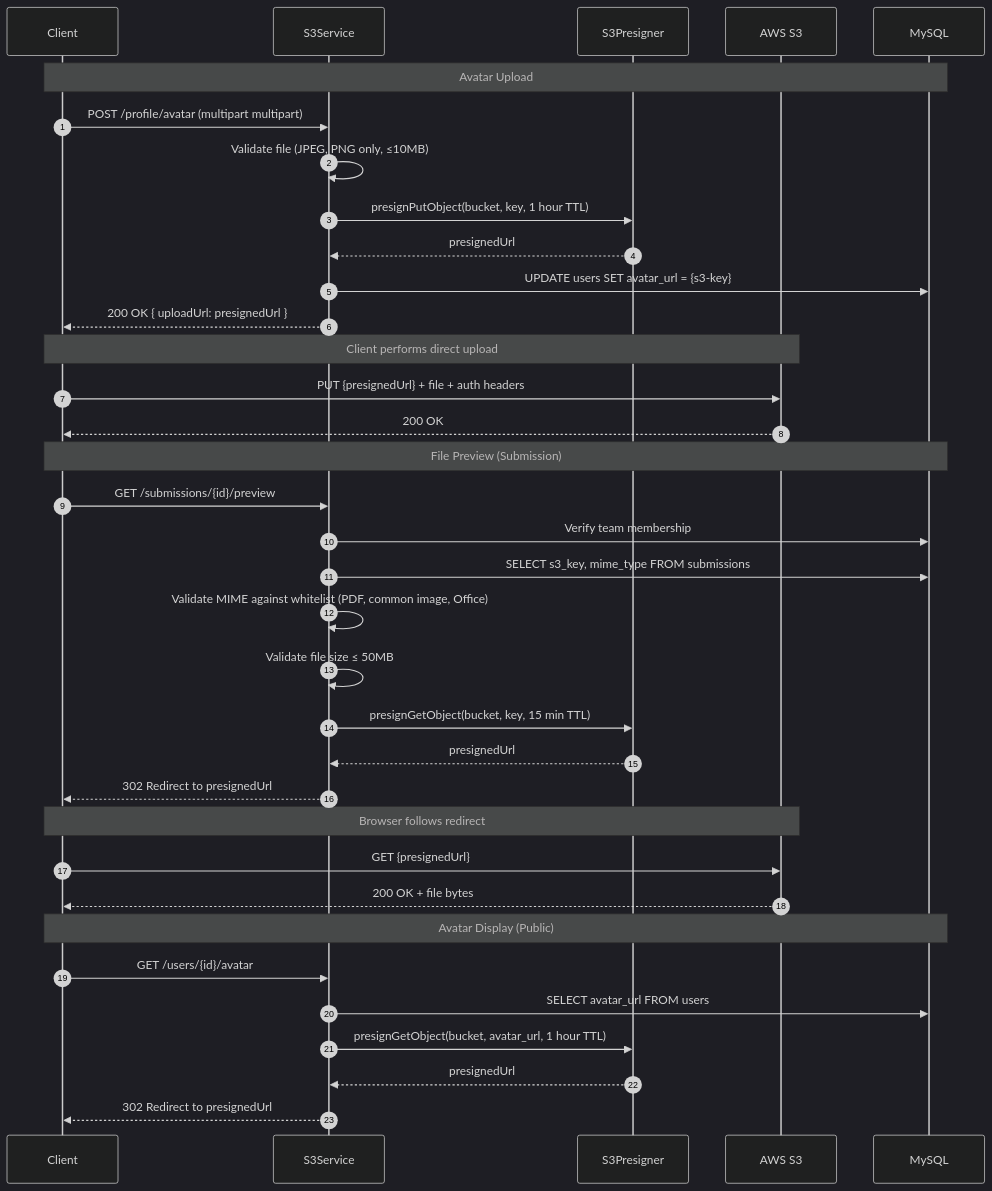
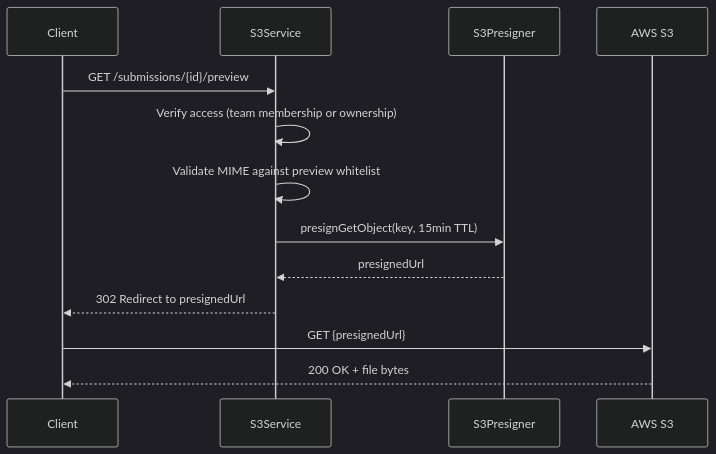
Before and after one commit to olafabregas/Reviewflow: the third of 7 diagrams in ARCHITECTURE.md, drawn with Mermaid (dark theme). The commit also changed other lines of this file, not shown here.

Commit message:
Updating the Architecture file

````diff
--- a/ARCHITECTURE.md
+++ b/ARCHITECTURE.md
@@ -146,42 +130,16 @@
 ```mermaid
 sequenceDiagram
-    autonumber
     participant C as Client
     participant SS as S3Service
     participant SP as S3Presigner
     participant S3 as AWS S3
-    participant DB as MySQL
 
-    Note over C,DB: Avatar Upload
-    C->>SS: POST /profile/avatar (multipart multipart)
-    SS->>SS: Validate file (JPEG, PNG only, ≤10MB)
-    SS->>SP: presignPutObject(bucket, key, 1 hour TTL)
-    SP-->>SS: presignedUrl
-    SS->>DB: UPDATE users SET avatar_url = {s3-key}
-    SS-->>C: 200 OK { uploadUrl: presignedUrl }
-
-    Note over C,S3: Client performs direct upload
-    C->>S3: PUT {presignedUrl} + file + auth headers
-    S3-->>C: 200 OK
-
-    Note over C,DB: File Preview (Submission)
     C->>SS: GET /submissions/{id}/preview
-    SS->>DB: Verify team membership
-    SS->>DB: SELECT s3_key, mime_type FROM submissions
-    SS->>SS: Validate MIME against whitelist (PDF, common image, Office)
-    SS->>SS: Validate file size ≤ 50MB
-    SS->>SP: presignGetObject(bucket, key, 15 min TTL)
+    SS->>SS: Verify access (team membership or ownership)
+    SS->>SS: Validate MIME against preview whitelist
+    SS->>SP: presignGetObject(key, 15min TTL)
     SP-->>SS: presignedUrl
     SS-->>C: 302 Redirect to presignedUrl
-
-    Note over C,S3: Browser follows redirect
     C->>S3: GET {presignedUrl}
     S3-->>C: 200 OK + file bytes
-
-    Note over C,DB: Avatar Display (Public)
-    C->>SS: GET /users/{id}/avatar
-    SS->>DB: SELECT avatar_url FROM users
-    SS->>SP: presignGetObject(bucket, avatar_url, 1 hour TTL)
-    SP-->>SS: presignedUrl
-    SS-->>C: 302 Redirect to presignedUrl
 ```
````
